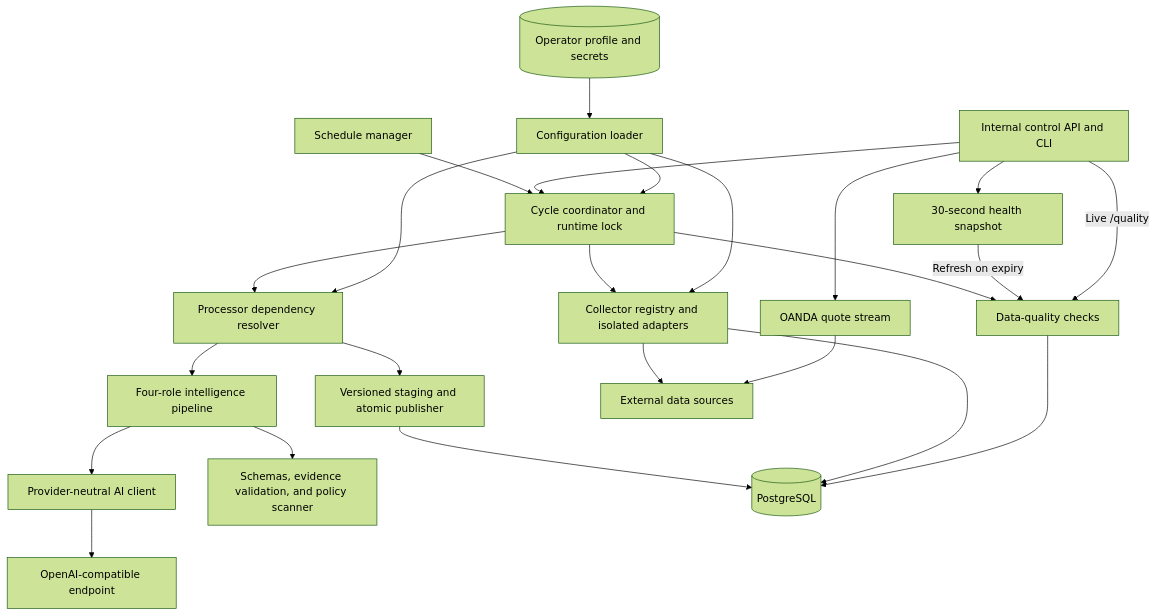
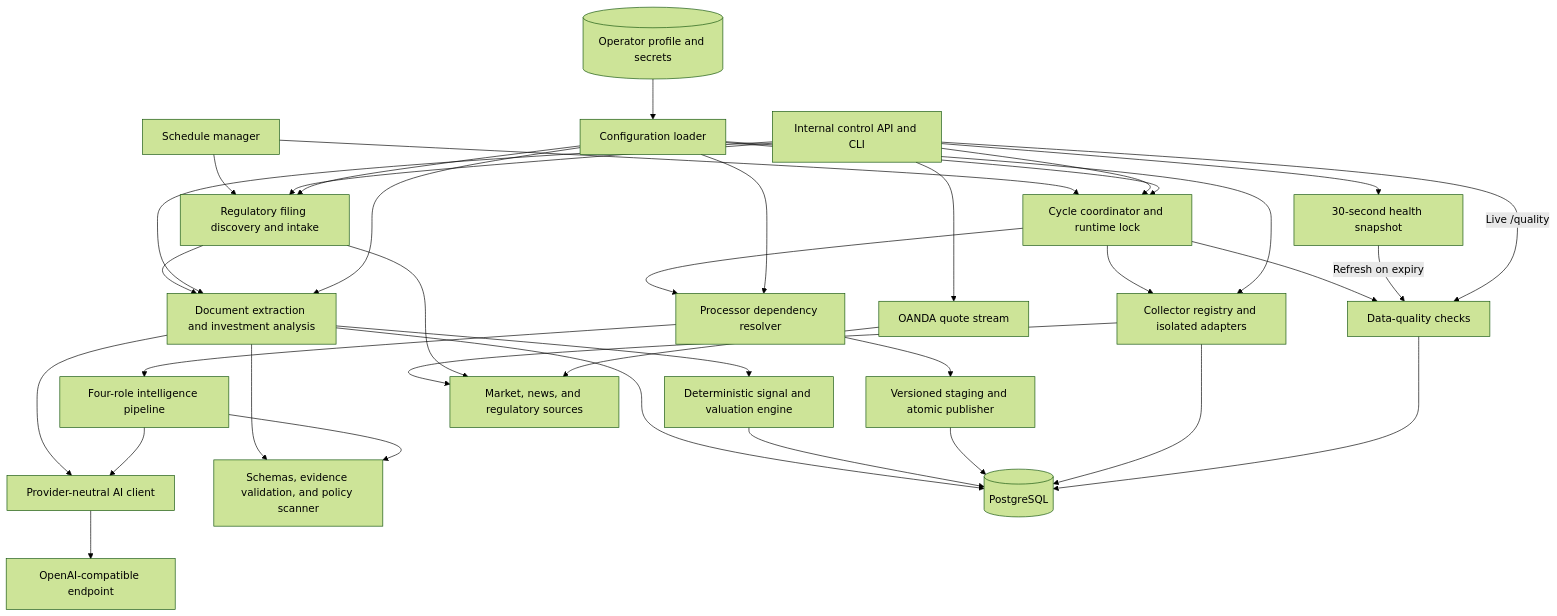
One commit to cpu23/trading-data-platform changed the fourth of 8 diagrams in docs/architecture/c4-model.md. Above: the diagram before and after it, drawn with Mermaid (forest theme). The commit also changed other lines of this file and 8 other files, not shown here.

Commit message:
Document investment research subsystem

````diff
--- a/docs/architecture/c4-model.md
+++ b/docs/architecture/c4-model.md
@@ -139,40 +145,53 @@
 ```mermaid
 flowchart TB
     Scheduler["Schedule manager"]
     HTTP["Internal control API and CLI"]
     Coordinator["Cycle coordinator and runtime lock"]
     Collectors["Collector registry and isolated adapters"]
+    Filing["Regulatory filing discovery and intake"]
+    Investment["Document extraction and investment analysis"]
+    Rules["Deterministic signal and valuation engine"]
     Quality["Data-quality checks"]
     QualitySnapshot["30-second health snapshot"]
     Processors["Processor dependency resolver"]
     Intelligence["Four-role intelligence pipeline"]
     Client["Provider-neutral AI client"]
     Policy["Schemas, evidence validation, and policy scanner"]
     Publisher["Versioned staging and atomic publisher"]
     Stream["OANDA quote stream"]
     Config["Configuration loader"]
     DB[("PostgreSQL")]
-    Sources["External data sources"]
+    Sources["Market, news, and regulatory sources"]
     AI["OpenAI-compatible endpoint"]
     State[("Operator profile and secrets")]
 
     Scheduler --> Coordinator
     HTTP --> Coordinator
     Coordinator --> Collectors --> Sources
+    Scheduler --> Filing --> Sources
+    HTTP --> Filing
+    Filing --> Investment
+    Investment --> DB
+    Investment --> Rules --> DB
+    HTTP --> Investment
+    Investment --> Client
+    Investment --> Policy
     Coordinator --> Quality
     HTTP --> QualitySnapshot -->|"Refresh on expiry"| Quality
     HTTP -->|"Live /quality"| Quality
     Coordinator --> Processors
     Processors --> Intelligence
     Intelligence --> Client --> AI
     Intelligence --> Policy
     Processors --> Publisher --> DB
     Collectors --> DB
     Quality --> DB
     Stream --> Sources
     HTTP --> Stream
     Config --> Coordinator
     Config --> Collectors
+    Config --> Filing
+    Config --> Investment
     Config --> Processors
     State --> Config
 ```
````
